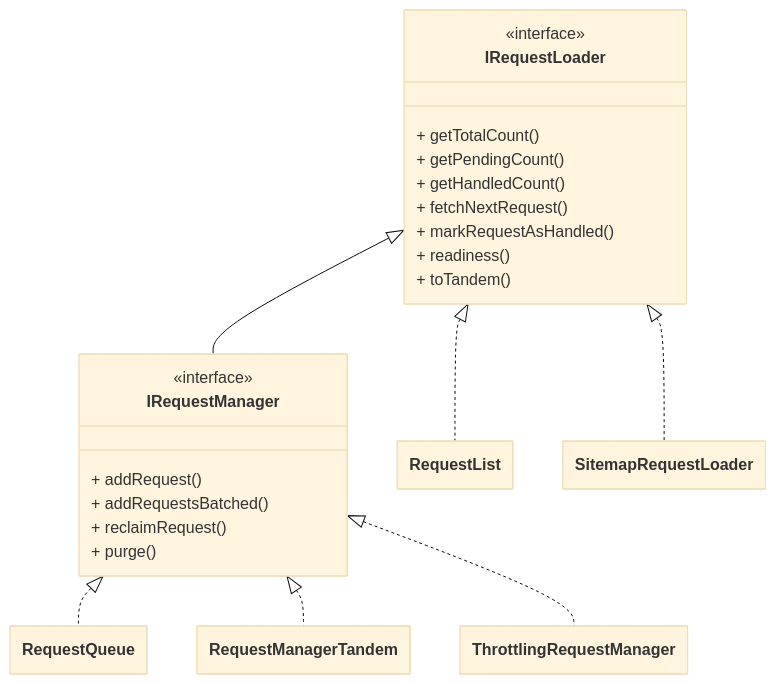
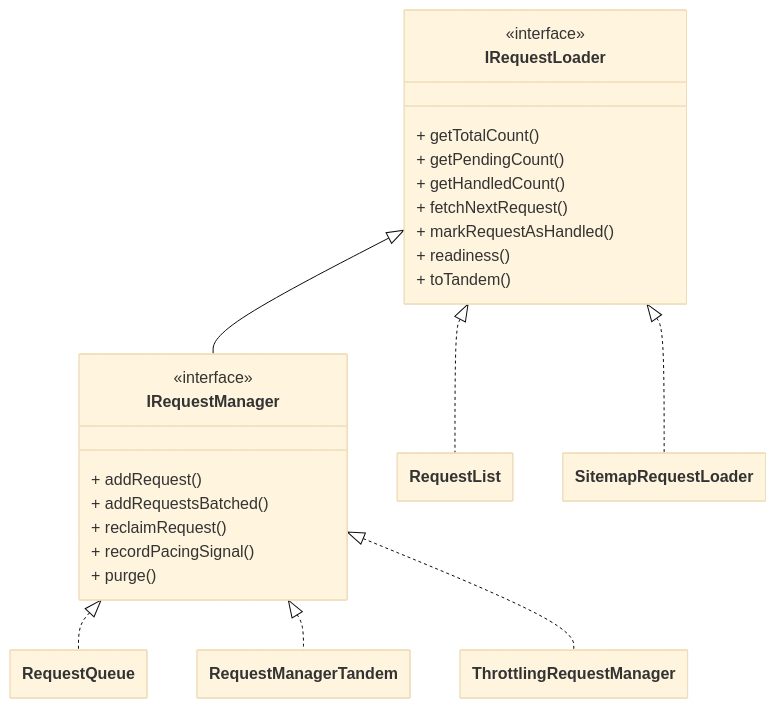
One commit to apify/crawlee changed the diagram in docs/guides/request_loaders.mdx. Above: the diagram before and after it, drawn with Mermaid (base theme). The commit also changed other lines of this file and 12 other files, not shown here.

First line of the commit message:
refactor!: unify per-domain pacing into IRequestManager.recordPacingSignal()

````diff
--- a/docs/guides/request_loaders.mdx
+++ b/docs/guides/request_loaders.mdx
@@ -38,57 +38,58 @@
 ```mermaid
 ---
 config:
     class:
         hideEmptyMembersBox: true
 ---
 
 classDiagram
 
 %% ========================
 %% Abstract interfaces
 %% ========================
 
 class IRequestLoader {
     <<interface>>
     + getTotalCount()
     + getPendingCount()
     + getHandledCount()
     + fetchNextRequest()
     + markRequestAsHandled()
     + readiness()
     + toTandem()
 }
 
 class IRequestManager {
     <<interface>>
     + addRequest()
     + addRequestsBatched()
     + reclaimRequest()
+    + recordPacingSignal()
     + purge()
 }
 
 %% ========================
 %% Concrete classes
 %% ========================
 
 class RequestQueue
 
 class RequestList
 
 class SitemapRequestLoader
 
 class RequestManagerTandem
 
 class ThrottlingRequestManager
 
 %% ========================
 %% Inheritance arrows
 %% ========================
 
 IRequestLoader <|-- IRequestManager
 IRequestLoader <|.. RequestList
 IRequestLoader <|.. SitemapRequestLoader
 IRequestManager <|.. RequestQueue
 IRequestManager <|.. RequestManagerTandem
 IRequestManager <|.. ThrottlingRequestManager
 ```
````
